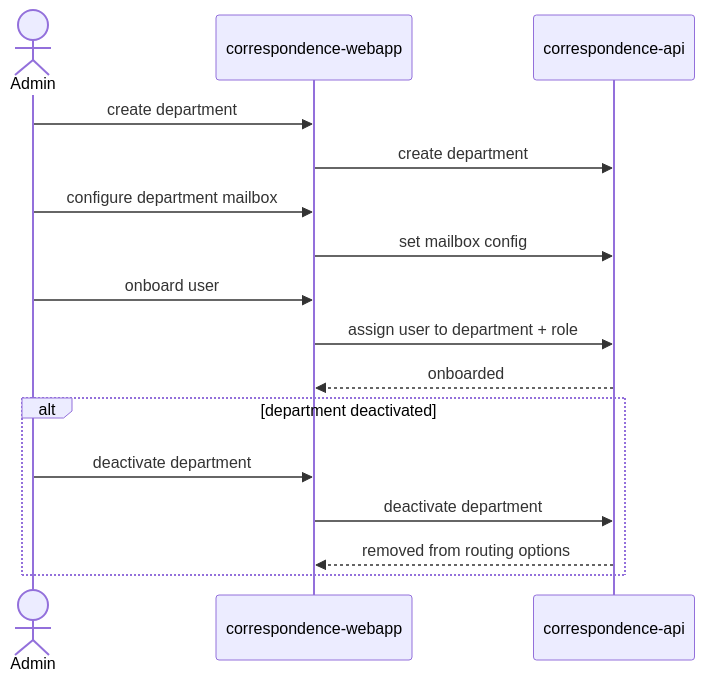
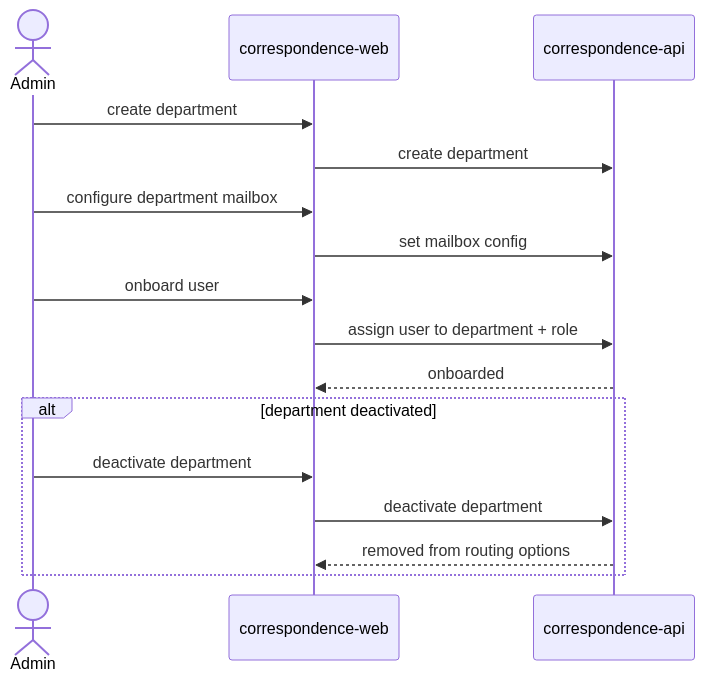
One commit to ae-demo/manage-incoming-correspondence changed the diagram in specs/design/flows/admin-onboarding.md. Above: the diagram before and after it, drawn with Mermaid. The commit also changed 57 other files, not shown here.

First line of the commit message:
rename correspondence-webapp to correspondence-web

````diff
--- a/specs/design/flows/admin-onboarding.md
+++ b/specs/design/flows/admin-onboarding.md
@@ -6,21 +6,21 @@
 ```mermaid
 sequenceDiagram
     actor Admin
-    participant correspondencewebapp as correspondence-webapp
+    participant correspondenceweb as correspondence-web
     participant correspondenceapi as correspondence-api
 
-    Admin->>correspondencewebapp: create department
-    correspondencewebapp->>correspondenceapi: create department
-    Admin->>correspondencewebapp: configure department mailbox
-    correspondencewebapp->>correspondenceapi: set mailbox config
+    Admin->>correspondenceweb: create department
+    correspondenceweb->>correspondenceapi: create department
+    Admin->>correspondenceweb: configure department mailbox
+    correspondenceweb->>correspondenceapi: set mailbox config
 
-    Admin->>correspondencewebapp: onboard user
-    correspondencewebapp->>correspondenceapi: assign user to department + role
-    correspondenceapi-->>correspondencewebapp: onboarded
+    Admin->>correspondenceweb: onboard user
+    correspondenceweb->>correspondenceapi: assign user to department + role
+    correspondenceapi-->>correspondenceweb: onboarded
 
     alt department deactivated
-        Admin->>correspondencewebapp: deactivate department
-        correspondencewebapp->>correspondenceapi: deactivate department
-        correspondenceapi-->>correspondencewebapp: removed from routing options
+        Admin->>correspondenceweb: deactivate department
+        correspondenceweb->>correspondenceapi: deactivate department
+        correspondenceapi-->>correspondenceweb: removed from routing options
     end
 ```
````
